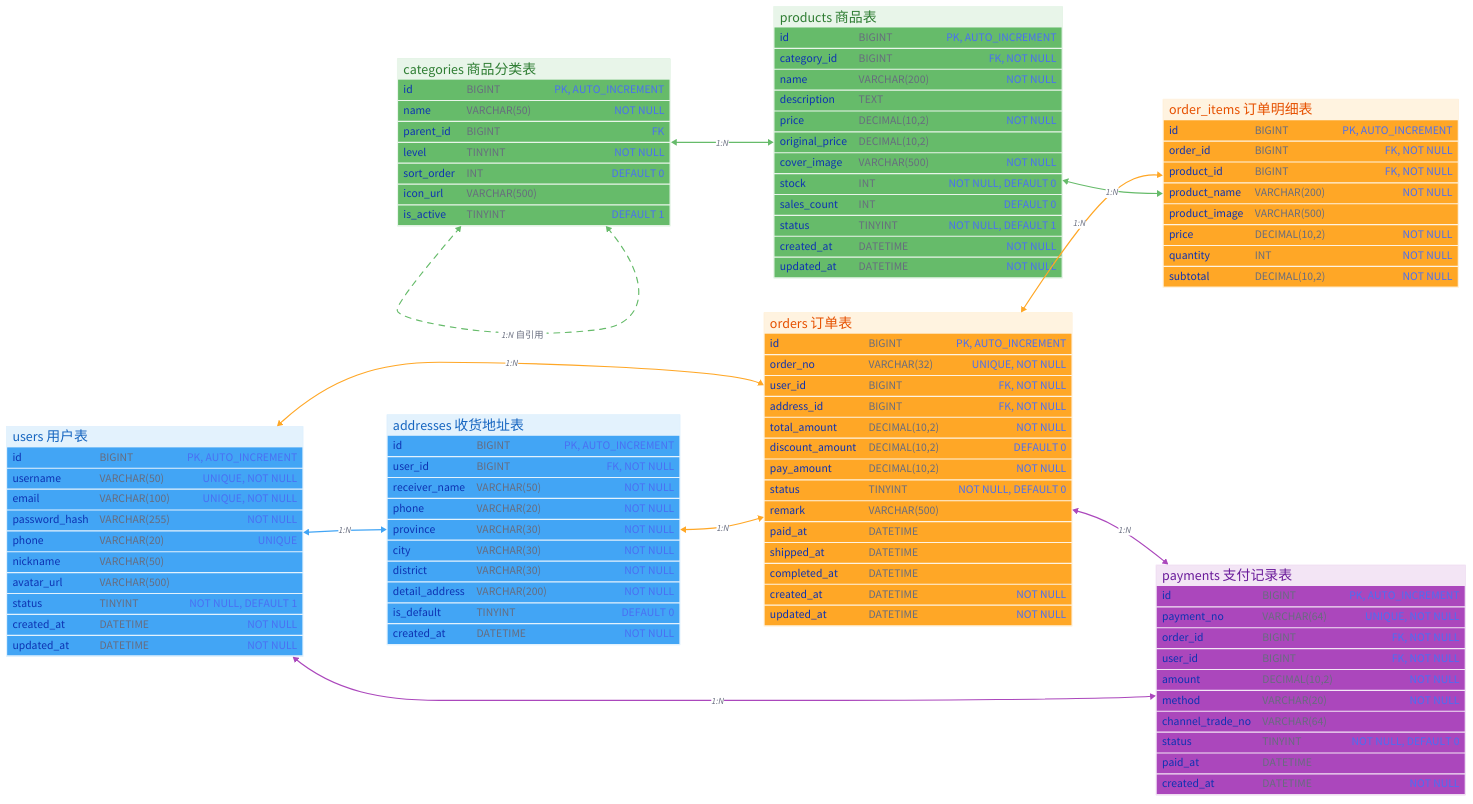
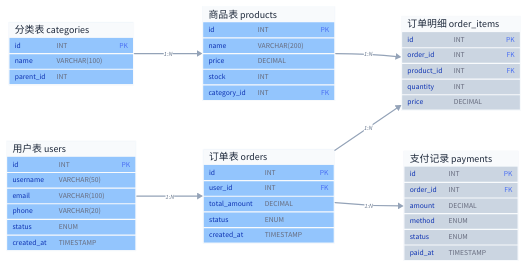
Before and after one commit to 312362115/claude: the diagram in diagram-examples/d2/d2-er.d2, drawn with D2. The commit also changed 50 other files, not shown here.

First line of the commit message:
feat: 画图 skill + deep-research skill + 设计规范 + 示例重构

```diff
--- a/diagram-examples/d2/d2-er.d2
+++ b/diagram-examples/d2/d2-er.d2
@@ -1,203 +1,123 @@
-# 电商系统 ER 图 / 数据库 Schema
+# 电商数据库 ER 图
 
 direction: right
 
-# ============ 用户表 ============
-users: users 用户表 {
+# --- 核心表 ---
+users: 用户表 users {
   shape: sql_table
-
-  id: BIGINT {constraint: [PK; AUTO_INCREMENT]}
-  username: VARCHAR(50) {constraint: [UNIQUE; NOT NULL]}
-  email: VARCHAR(100) {constraint: [UNIQUE; NOT NULL]}
-  password_hash: VARCHAR(255) {constraint: [NOT NULL]}
-  phone: VARCHAR(20) {constraint: [UNIQUE]}
-  nickname: VARCHAR(50)
-  avatar_url: VARCHAR(500)
-  status: TINYINT {constraint: [NOT NULL; DEFAULT 1]}
-  created_at: DATETIME {constraint: [NOT NULL]}
-  updated_at: DATETIME {constraint: [NOT NULL]}
-
   style: {
-    fill: "#e3f2fd"
-    stroke: "#42a5f5"
-    font-color: "#1565c0"
-    shadow: true
+    fill: "#F8FAFC"
+    stroke: "#93C5FD"
+    font-color: "#1E293B"
+    font-size: 13
   }
+  id: INT {constraint: primary_key}
+  username: VARCHAR(50)
+  email: VARCHAR(100)
+  phone: VARCHAR(20)
+  status: ENUM
+  created_at: TIMESTAMP
 }
 
-# ============ 地址表 ============
-addresses: addresses 收货地址表 {
+orders: 订单表 orders {
   shape: sql_table
-
-  id: BIGINT {constraint: [PK; AUTO_INCREMENT]}
-  user_id: BIGINT {constraint: [FK; NOT NULL]}
-  receiver_name: VARCHAR(50) {constraint: [NOT NULL]}
-  phone: VARCHAR(20) {constraint: [NOT NULL]}
-  province: VARCHAR(30) {constraint: [NOT NULL]}
-  city: VARCHAR(30) {constraint: [NOT NULL]}
-  district: VARCHAR(30) {constraint: [NOT NULL]}
-  detail_address: VARCHAR(200) {constraint: [NOT NULL]}
-  is_default: TINYINT {constraint: [DEFAULT 0]}
-  created_at: DATETIME {constraint: [NOT NULL]}
-
   style: {
-    fill: "#e3f2fd"
-    stroke: "#42a5f5"
-    font-color: "#1565c0"
-    shadow: true
+    fill: "#F8FAFC"
+    stroke: "#93C5FD"
+    font-color: "#1E293B"
+    font-size: 13
   }
+  id: INT {constraint: primary_key}
+  user_id: INT {constraint: foreign_key}
+  total_amount: DECIMAL
+  status: ENUM
+  created_at: TIMESTAMP
 }
 
-# ============ 分类表 ============
-categories: categories 商品分类表 {
+# --- 普通表 ---
+products: 商品表 products {
   shape: sql_table
-
-  id: BIGINT {constraint: [PK; AUTO_INCREMENT]}
-  name: VARCHAR(50) {constraint: [NOT NULL]}
-  parent_id: BIGINT {constraint: [FK]}
-  level: TINYINT {constraint: [NOT NULL]}
-  sort_order: INT {constraint: [DEFAULT 0]}
-  icon_url: VARCHAR(500)
-  is_active: TINYINT {constraint: [DEFAULT 1]}
-
   style: {
-    fill: "#e8f5e9"
-    stroke: "#66bb6a"
-    font-color: "#2e7d32"
-    shadow: true
+    fill: "#F8FAFC"
+    stroke: "#93C5FD"
+    font-color: "#1E293B"
+    font-size: 13
   }
+  id: INT {constraint: primary_key}
+  name: VARCHAR(200)
+  price: DECIMAL
+  stock: INT
+  category_id: INT {constraint: foreign_key}
 }
 
-# ============ 商品表 ============
-products: products 商品表 {
+categories: 分类表 categories {
   shape: sql_table
-
-  id: BIGINT {constraint: [PK; AUTO_INCREMENT]}
-  category_id: BIGINT {constraint: [FK; NOT NULL]}
-  name: VARCHAR(200) {constraint: [NOT NULL]}
-  description: TEXT
-  price: DECIMAL(10,2) {constraint: [NOT NULL]}
-  original_price: DECIMAL(10,2)
-  cover_image: VARCHAR(500) {constraint: [NOT NULL]}
-  stock: INT {constraint: [NOT NULL; DEFAULT 0]}
-  sales_count: INT {constraint: [DEFAULT 0]}
-  status: TINYINT {constraint: [NOT NULL; DEFAULT 1]}
-  created_at: DATETIME {constraint: [NOT NULL]}
-  updated_at: DATETIME {constraint: [NOT NULL]}
-
   style: {
-    fill: "#e8f5e9"
-    stroke: "#66bb6a"
-    font-color: "#2e7d32"
-    shadow: true
+    fill: "#F8FAFC"
+    stroke: "#93C5FD"
+    font-color: "#1E293B"
+    font-size: 13
   }
+  id: INT {constraint: primary_key}
+  name: VARCHAR(100)
+  parent_id: INT
 }
 
-# ============ 订单表 ============
-orders: orders 订单表 {
+# --- 关联表 ---
+order_items: 订单明细 order_items {
   shape: sql_table
-
-  id: BIGINT {constraint: [PK; AUTO_INCREMENT]}
-  order_no: VARCHAR(32) {constraint: [UNIQUE; NOT NULL]}
-  user_id: BIGINT {constraint: [FK; NOT NULL]}
-  address_id: BIGINT {constraint: [FK; NOT NULL]}
-  total_amount: DECIMAL(10,2) {constraint: [NOT NULL]}
-  discount_amount: DECIMAL(10,2) {constraint: [DEFAULT 0]}
-  pay_amount: DECIMAL(10,2) {constraint: [NOT NULL]}
-  status: TINYINT {constraint: [NOT NULL; DEFAULT 0]}
-  remark: VARCHAR(500)
-  paid_at: DATETIME
-  shipped_at: DATETIME
-  completed_at: DATETIME
-  created_at: DATETIME {constraint: [NOT NULL]}
-  updated_at: DATETIME {constraint: [NOT NULL]}
-
   style: {
-    fill: "#fff3e0"
-    stroke: "#ffa726"
-    font-color: "#e65100"
-    shadow: true
+    fill: "#F8FAFC"
+    stroke: "#CBD5E1"
+    font-color: "#1E293B"
+    font-size: 13
   }
+  id: INT {constraint: primary_key}
+  order_id: INT {constraint: foreign_key}
+  product_id: INT {constraint: foreign_key}
+  quantity: INT
+  price: DECIMAL
 }
 
-# ============ 订单项表 ============
-order_items: order_items 订单明细表 {
+payments: 支付记录 payments {
   shape: sql_table
-
-  id: BIGINT {constraint: [PK; AUTO_INCREMENT]}
-  order_id: BIGINT {constraint: [FK; NOT NULL]}
-  product_id: BIGINT {constraint: [FK; NOT NULL]}
-  product_name: VARCHAR(200) {constraint: [NOT NULL]}
-  product_image: VARCHAR(500)
-  price: DECIMAL(10,2) {constraint: [NOT NULL]}
-  quantity: INT {constraint: [NOT NULL]}
-  subtotal: DECIMAL(10,2) {constraint: [NOT NULL]}
-
   style: {
-    fill: "#fff3e0"
-    stroke: "#ffa726"
-    font-color: "#e65100"
-    shadow: true
+    fill: "#F8FAFC"
+    stroke: "#CBD5E1"
+    font-color: "#1E293B"
+    font-size: 13
   }
+  id: INT {constraint: primary_key}
+  order_id: INT {constraint: foreign_key}
+  amount: DECIMAL
+  method: ENUM
+  status: ENUM
+  paid_at: TIMESTAMP
 }
 
-# ============ 支付表 ============
-payments: payments 支付记录表 {
-  shape: sql_table
-
-  id: BIGINT {constraint: [PK; AUTO_INCREMENT]}
-  payment_no: VARCHAR(64) {constraint: [UNIQUE; NOT NULL]}
-  order_id: BIGINT {constraint: [FK; NOT NULL]}
-  user_id: BIGINT {constraint: [FK; NOT NULL]}
-  amount: DECIMAL(10,2) {constraint: [NOT NULL]}
-  method: VARCHAR(20) {constraint: [NOT NULL]}
-  channel_trade_no: VARCHAR(64)
-  status: TINYINT {constraint: [NOT NULL; DEFAULT 0]}
-  paid_at: DATETIME
-  created_at: DATETIME {constraint: [NOT NULL]}
-
-  style: {
-    fill: "#f3e5f5"
-    stroke: "#ab47bc"
-    font-color: "#6a1b9a"
-    shadow: true
-  }
+# --- 关系连线 ---
+users -> orders: 1:N {
+  style.stroke: "#94A3B8"
+  style.font-color: "#64748B"
+  style.font-size: 11
 }
-
-# ============ 关系 ============
-
-users.id <-> addresses.user_id: 1:N {
-  style: { stroke: "#42a5f5" }
+orders -> order_items: 1:N {
+  style.stroke: "#94A3B8"
+  style.font-color: "#64748B"
+  style.font-size: 11
 }
-
-users.id <-> orders.user_id: 1:N {
-  style: { stroke: "#ffa726" }
+products -> order_items: 1:N {
+  style.stroke: "#94A3B8"
+  style.font-color: "#64748B"
+  style.font-size: 11
 }
-
-addresses.id <-> orders.address_id: 1:N {
-  style: { stroke: "#ffa726" }
+categories -> products: 1:N {
+  style.stroke: "#94A3B8"
+  style.font-color: "#64748B"
+  style.font-size: 11
 }
-
-categories.id <-> products.category_id: 1:N {
-  style: { stroke: "#66bb6a" }
+orders -> payments: 1:N {
+  style.stroke: "#94A3B8"
+  style.font-color: "#64748B"
+  style.font-size: 11
 }
-
-categories.id <-> categories.parent_id: 1:N 自引用 {
-  style: { stroke: "#66bb6a"; stroke-dash: 5 }
-}
-
-orders.id <-> order_items.order_id: 1:N {
-  style: { stroke: "#ffa726" }
-}
-
-products.id <-> order_items.product_id: 1:N {
-  style: { stroke: "#66bb6a" }
-}
-
-orders.id <-> payments.order_id: 1:N {
-  style: { stroke: "#ab47bc" }
-}
-
-users.id <-> payments.user_id: 1:N {
-  style: { stroke: "#ab47bc" }
-}
```
